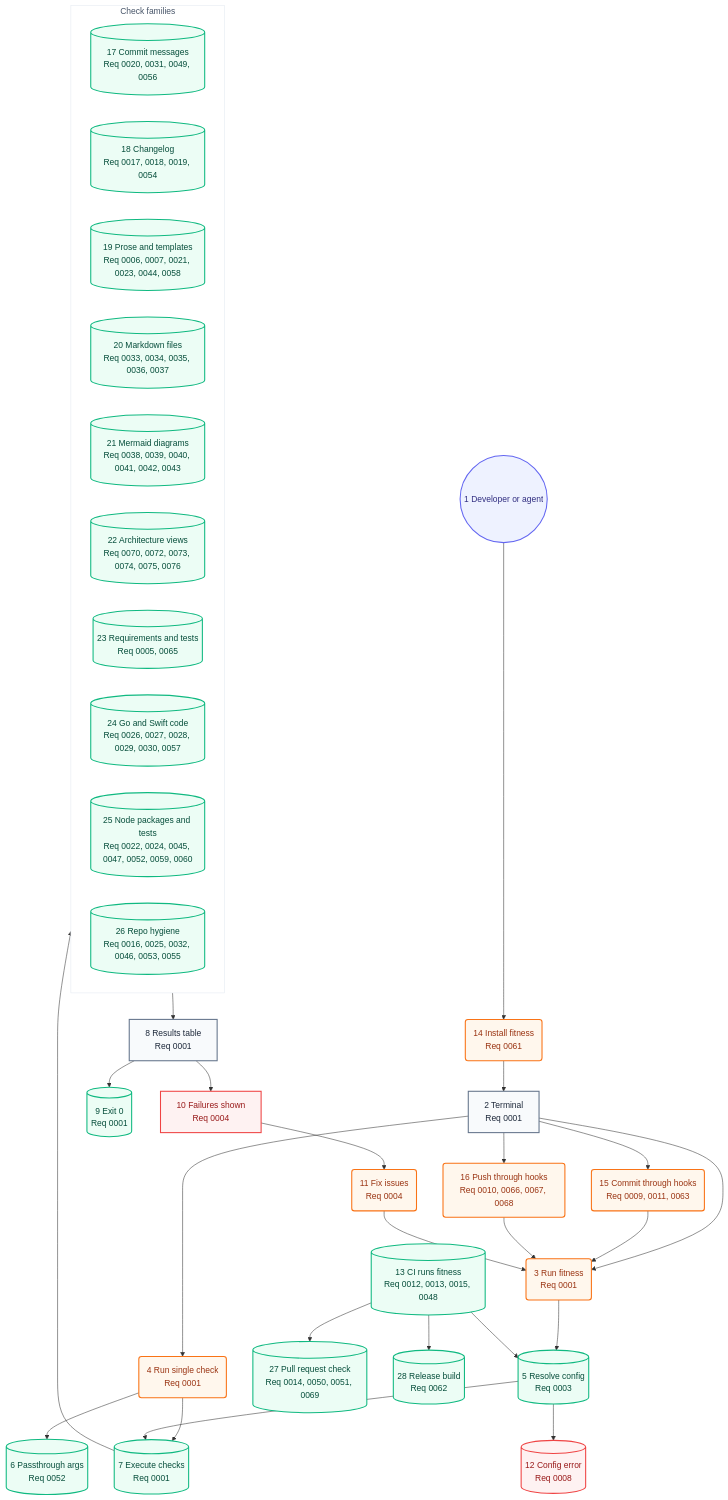
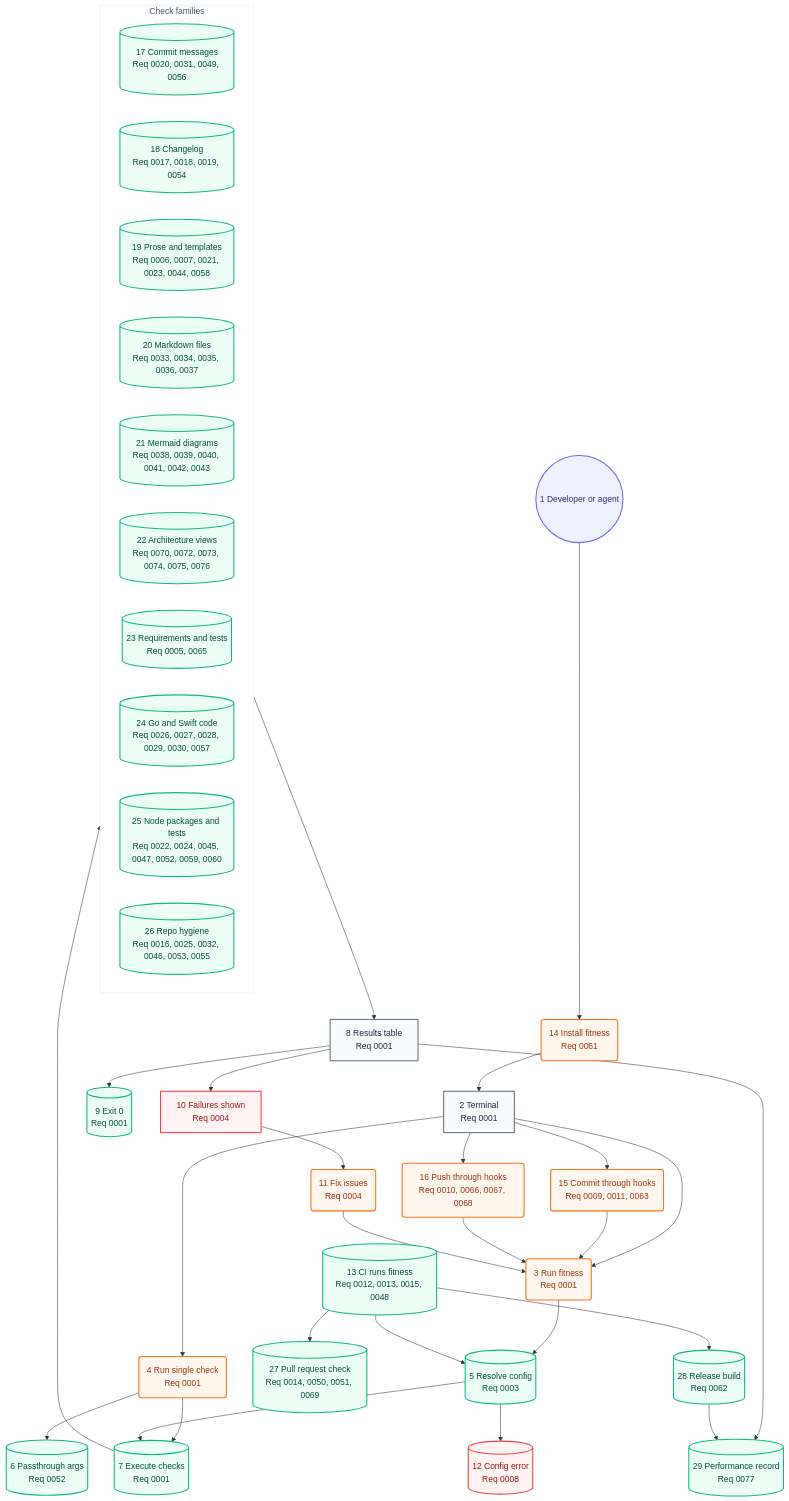
Before and after one commit to may-journal/fitness-runner: the second of 2 diagrams in docs/architecture/05-user-journey.md, drawn with Mermaid. The commit also changed other lines of this file and 14 other files, not shown here.

First line of the commit message:
feat(fitness): record per-check performance and release sizes

````diff
--- a/docs/architecture/05-user-journey.md
+++ b/docs/architecture/05-user-journey.md
@@ -39,66 +39,69 @@
 ```mermaid
 flowchart TB
     dev((1 Developer or agent)):::persona
     install(14 Install fitness<br/>Req 0061):::action
     terminal[2 Terminal<br/>Req 0001]:::screen
     runFull(3 Run fitness<br/>Req 0001):::action
     runSingle(4 Run single check<br/>Req 0001):::action
     commitHook(15 Commit through hooks<br/>Req 0009, 0011, 0063):::action
     pushHook(16 Push through hooks<br/>Req 0010, 0066, 0067, 0068):::action
     resolveConfig[(5 Resolve config<br/>Req 0003)]:::system
     passArgs[(6 Passthrough args<br/>Req 0052)]:::system
     executeChecks[(7 Execute checks<br/>Req 0001)]:::system
 
     subgraph checks["Check families"]
         commitChecks[(17 Commit messages<br/>Req 0020, 0031, 0049, 0056)]:::system
         changelogChecks[(18 Changelog<br/>Req 0017, 0018, 0019, 0054)]:::system
         proseChecks[(19 Prose and templates<br/>Req 0006, 0007, 0021, 0023, 0044, 0058)]:::system
         markdownChecks[(20 Markdown files<br/>Req 0033, 0034, 0035, 0036, 0037)]:::system
         mermaidChecks[(21 Mermaid diagrams<br/>Req 0038, 0039, 0040, 0041, 0042, 0043)]:::system
         architectureChecks[(22 Architecture views<br/>Req 0070, 0072, 0073, 0074, 0075, 0076)]:::system
         requirementChecks[(23 Requirements and tests<br/>Req 0005, 0065)]:::system
         goSwiftChecks[(24 Go and Swift code<br/>Req 0026, 0027, 0028, 0029, 0030, 0057)]:::system
         nodeChecks[(25 Node packages and tests<br/>Req 0022, 0024, 0045, 0047, 0052, 0059, 0060)]:::system
         repoChecks[(26 Repo hygiene<br/>Req 0016, 0025, 0032, 0046, 0053, 0055)]:::system
     end
 
     resultsTable[8 Results table<br/>Req 0001]:::screen
     exitZero[(9 Exit 0<br/>Req 0001)]:::system
     failuresShown[10 Failures shown<br/>Req 0004]:::blocked
     fixIssues(11 Fix issues<br/>Req 0004):::action
     configError[(12 Config error<br/>Req 0008)]:::blocked
     ciRun[(13 CI runs fitness<br/>Req 0012, 0013, 0015, 0048)]:::system
     prCheck[(27 Pull request check<br/>Req 0014, 0050, 0051, 0069)]:::system
     release[(28 Release build<br/>Req 0062)]:::system
+    perfRecord[(29 Performance record<br/>Req 0077)]:::system
 
     dev --> install
     install --> terminal
     terminal --> runFull
     terminal --> runSingle
     terminal --> commitHook
     terminal --> pushHook
     commitHook --> runFull
     pushHook --> runFull
     runFull --> resolveConfig
     runSingle --> executeChecks
     runSingle --> passArgs
     resolveConfig --> executeChecks
     resolveConfig --> configError
     executeChecks --> checks
     checks --> resultsTable
     resultsTable --> exitZero
     resultsTable --> failuresShown
     failuresShown --> fixIssues
     fixIssues --> runFull
     ciRun --> resolveConfig
     ciRun --> prCheck
     ciRun --> release
+    resultsTable --> perfRecord
+    release --> perfRecord
 
     classDef persona fill:#eef2ff,stroke:#6366f1,color:#312e81,stroke-width:2px
     classDef screen fill:#f8fafc,stroke:#64748b,color:#1e293b,stroke-width:2px
     classDef action fill:#fff7ed,stroke:#f97316,color:#9a3412,stroke-width:2px
     classDef system fill:#ecfdf5,stroke:#10b981,color:#064e3b,stroke-width:2px
     classDef blocked fill:#fef2f2,stroke:#ef4444,color:#991b1b,stroke-width:2px
 
     style checks fill:#ffffff,stroke:#e2e8f0,color:#475569,stroke-width:1px
 ```
````
